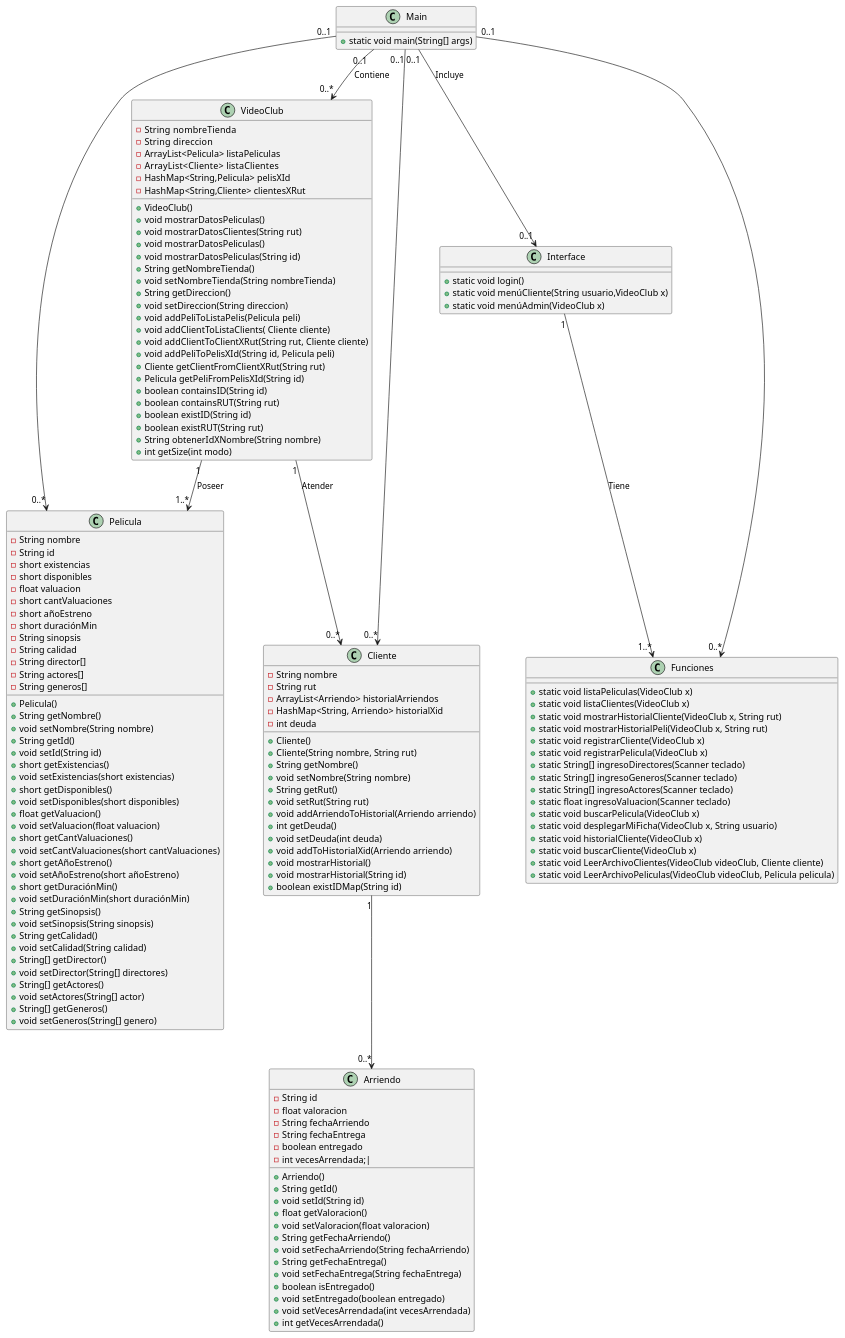
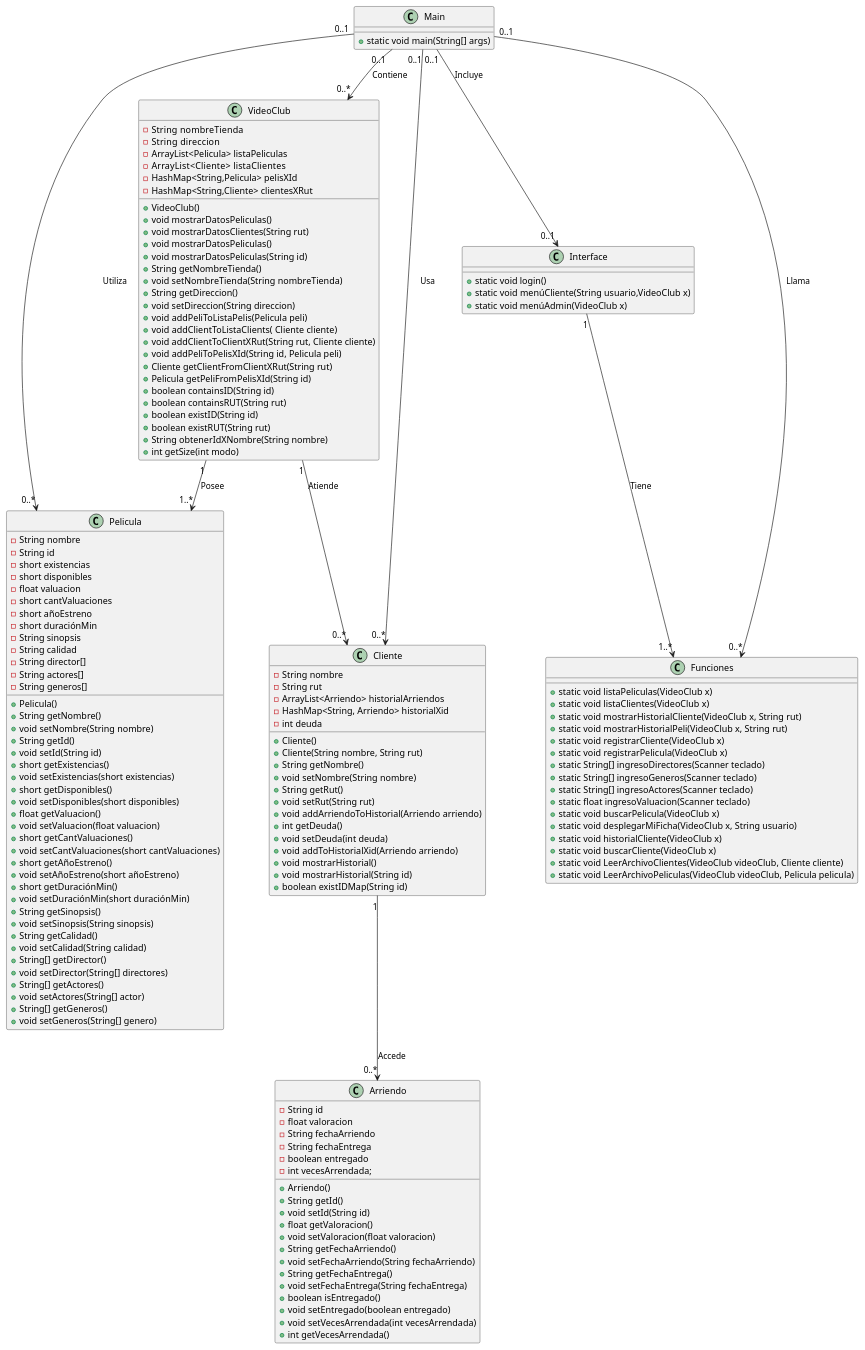
The diagram in Videoclub/src/main/java/Test UML.puml (luis922/Proyecto-POO-2S-2021), drawn with PlantUML before and after one commit.

Commit message:
Se actualiza diagrama UML

```diff
--- a/Videoclub/src/main/java/Test UML.puml
+++ b/Videoclub/src/main/java/Test UML.puml
@@ -1,161 +1,162 @@
 @startuml
+skinparam sequenceMessageAlign center
 Main "0..1" --> "0..*" VideoClub : Contiene
-Main "0..1" --> "0..*" Pelicula
-Main "0..1" --> "0..*" Cliente
+Main "0..1" --> "0..*" Pelicula: Utiliza
+Main "0..1" --> "0..*" Cliente: Usa
 Main "0..1" --> "0..1" Interface: Incluye
-Main "0..1" --> "0..*" Funciones
+Main "0..1" --> "0..*" Funciones: Llama
 
-VideoClub "1" --> "0..*"  Cliente: Atender
-VideoClub "1" --> "1..*"  Pelicula:  Poseer
-Cliente "1" --> "0..*" Arriendo
+VideoClub "1" --> "0..*"  Cliente: Atiende
+VideoClub "1" --> "1..*"  Pelicula:  Posee
+Cliente "1" --> "0..*" Arriendo: Accede
 Interface "1" --> "1..*" Funciones: Tiene
 
 class VideoClub{
     -String  nombreTienda
     -String  direccion
     -ArrayList<Pelicula> listaPeliculas
     -ArrayList<Cliente>   listaClientes
     -HashMap<String,Pelicula> pelisXId
     -HashMap<String,Cliente> clientesXRut
 
     +VideoClub()
     +void mostrarDatosPeliculas()
     +void mostrarDatosClientes(String rut)
     +void mostrarDatosPeliculas()
     +void mostrarDatosPeliculas(String id)
     +String getNombreTienda()
     +void setNombreTienda(String nombreTienda)
     +String getDireccion()
     +void setDireccion(String direccion)
     +void addPeliToListaPelis(Pelicula peli)
     +void addClientToListaClients( Cliente cliente)
     +void addClientToClientXRut(String rut, Cliente cliente)
     +void addPeliToPelisXId(String id, Pelicula peli)
     +Cliente getClientFromClientXRut(String rut)
     +Pelicula getPeliFromPelisXId(String id)
     +boolean containsID(String id)
     +boolean containsRUT(String rut)
     +boolean existID(String id)
     +boolean existRUT(String rut)
     +String obtenerIdXNombre(String nombre)
     +int getSize(int modo)
 }
 
 class Cliente{
     -String nombre
     -String rut
     -ArrayList<Arriendo> historialArriendos
     -HashMap<String, Arriendo> historialXid
     -int deuda
 
     +Cliente()
     +Cliente(String nombre, String rut)
     +String getNombre()
     +void setNombre(String nombre)
     +String getRut()
     +void setRut(String rut)
     +void addArriendoToHistorial(Arriendo arriendo)
     +int getDeuda()
     +void setDeuda(int deuda)
     +void addToHistorialXid(Arriendo arriendo)
     +void mostrarHistorial()
     +void mostrarHistorial(String id)
     +boolean existIDMap(String id)
 }
 
 class Pelicula{
     -String nombre
     -String id
     -short existencias
     -short disponibles
     -float valuacion
     -short cantValuaciones
     -short añoEstreno
     -short duraciónMin
     -String sinopsis
     -String calidad
     -String director[]
     -String actores[]
     -String generos[]
 
     +Pelicula()
     +String getNombre()
     +void setNombre(String nombre)
     +String getId()
     +void setId(String id)
     +short getExistencias()
     +void setExistencias(short existencias)
     +short getDisponibles()
     +void setDisponibles(short disponibles)
     +float getValuacion()
     +void setValuacion(float valuacion)
     +short getCantValuaciones()
     +void setCantValuaciones(short cantValuaciones)
     +short getAñoEstreno()
     +void setAñoEstreno(short añoEstreno)
     +short getDuraciónMin()
     +void setDuraciónMin(short duraciónMin)
     +String getSinopsis()
     +void setSinopsis(String sinopsis)
     +String getCalidad()
     +void setCalidad(String calidad)
     +String[] getDirector()
     +void setDirector(String[] directores)
     +String[] getActores()
     +void setActores(String[] actor)
     +String[] getGeneros()
     +void setGeneros(String[] genero)
 }
 
 class Arriendo{
     -String id
     -float valoracion
     -String fechaArriendo
     -String fechaEntrega
     -boolean entregado
-    - int vecesArrendada;|
+    - int vecesArrendada;
 
     +Arriendo()
     +String getId()
     +void setId(String id)
     +float getValoracion()
     +void setValoracion(float valoracion)
     +String getFechaArriendo()
     +void setFechaArriendo(String fechaArriendo)
     +String getFechaEntrega()
     +void setFechaEntrega(String fechaEntrega)
     +boolean isEntregado()
     +void setEntregado(boolean entregado)
     +void setVecesArrendada(int vecesArrendada)
     +int getVecesArrendada()
 }
 
 class Main{
     +static void main(String[] args)
 }
 
 class Interface{
     +static void login()
     +static void menúCliente(String usuario,VideoClub x)
     +static void menúAdmin(VideoClub x)
 }
 
 class Funciones{
     + static void listaPeliculas(VideoClub x)
     + static void listaClientes(VideoClub x)
     + static void mostrarHistorialCliente(VideoClub x, String rut)
     + static void mostrarHistorialPeli(VideoClub x, String rut)
     + static void registrarCliente(VideoClub x)
     + static void registrarPelicula(VideoClub x)
     + static String[] ingresoDirectores(Scanner teclado)
     + static String[] ingresoGeneros(Scanner teclado)
     + static String[] ingresoActores(Scanner teclado)
     + static float ingresoValuacion(Scanner teclado)
     + static void buscarPelicula(VideoClub x)
     + static void desplegarMiFicha(VideoClub x, String usuario)
     + static void historialCliente(VideoClub x)
     + static void buscarCliente(VideoClub x)
     + static void LeerArchivoClientes(VideoClub videoClub, Cliente cliente)
     + static void LeerArchivoPeliculas(VideoClub videoClub, Pelicula pelicula)
 }
 @enduml
```
